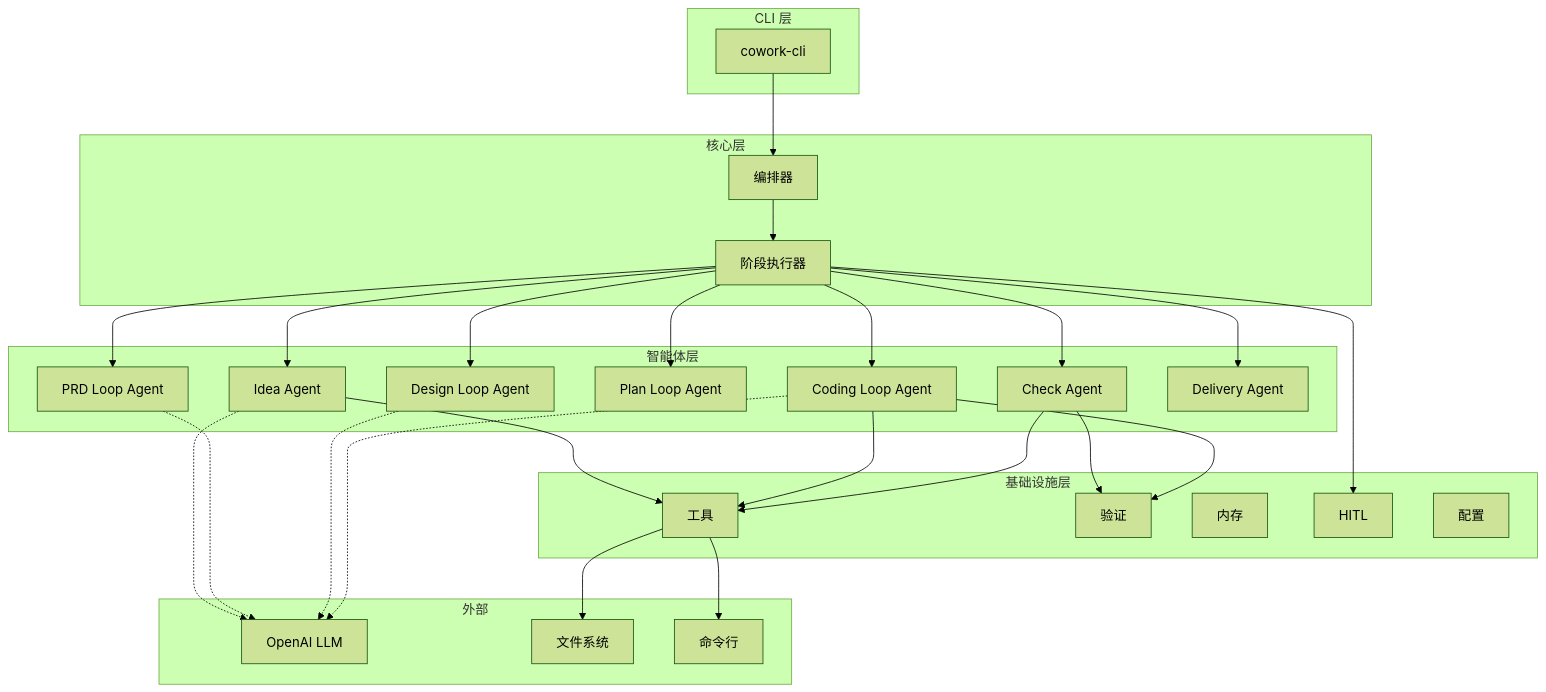
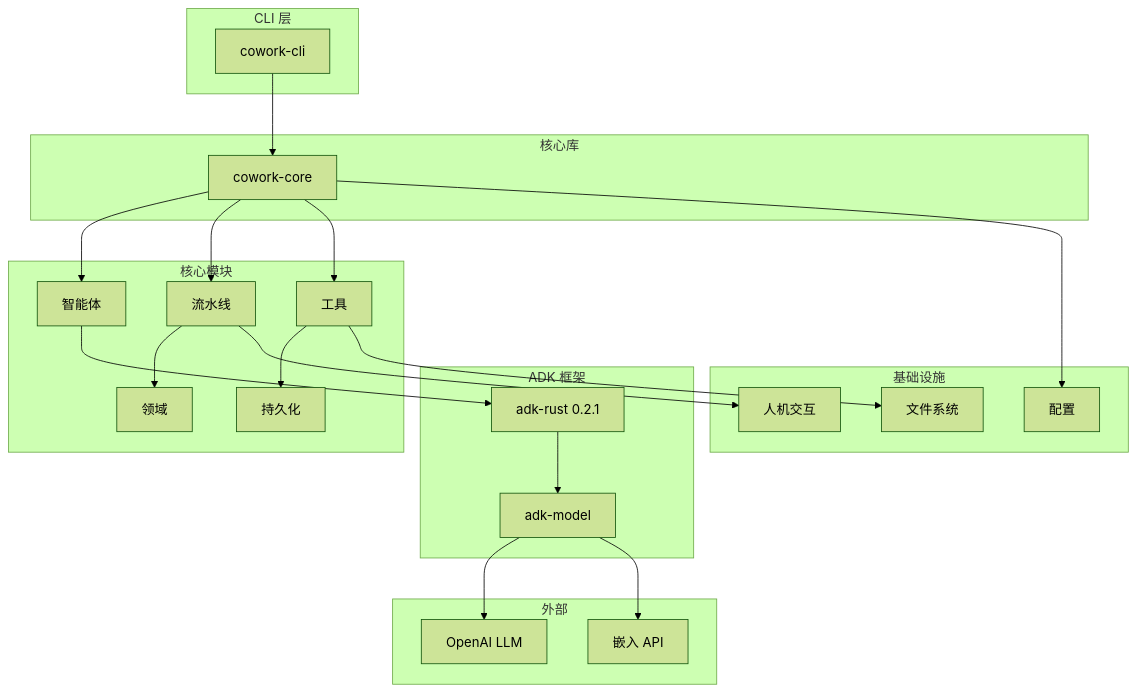
The first of 3 diagrams in README_zh.md (sopaco/cowork-forge), drawn with Mermaid (forest theme) before and after one commit. The commit also changed other lines of this file and 1 other file, not shown here.

````diff
--- a/README_zh.md
+++ b/README_zh.md
@@ -171,62 +171,51 @@
 ```mermaid
 graph TB
     subgraph "CLI 层"
         CLI[cowork-cli]
     end
     
-    subgraph "核心层"
-        Orch[编排器]
-        Exec[阶段执行器]
+    subgraph "核心库"
+        CORE[cowork-core]
     end
     
-    subgraph "智能体层"
-        IDEA[Idea Agent]
-        PRD[PRD Loop Agent]
-        DESIGN[Design Loop Agent]
-        PLAN[Plan Loop Agent]
-        CODING[Coding Loop Agent]
-        CHECK[Check Agent]
-        DELIVERY[Delivery Agent]
+    subgraph "核心模块"
+        AGENTS[智能体]
+        PIPELINE[流水线]
+        TOOLS[工具]
+        PERSISTENCE[持久化]
+        DOMAIN[领域]
     end
     
-    subgraph "基础设施层"
-        TOOLS[工具]
-        VERIFY[验证]
-        MEMORY[内存]
-        HITL[HITL]
+    subgraph "ADK 框架"
+        ADK[adk-rust 0.2.1]
+        LLM[adk-model]
+    end
+    
+    subgraph "基础设施"
+        FS[文件系统]
         CONFIG[配置]
+        HITL[人机交互]
     end
     
     subgraph "外部"
-        LLM[OpenAI LLM]
-        FS[文件系统]
-        CMD[命令行]
+        OPENAI[OpenAI LLM]
+        EMBEDDING[嵌入 API]
     end
     
-    CLI --> Orch
-    Orch --> Exec
-    Exec --> IDEA
-    Exec --> PRD
-    Exec --> DESIGN
-    Exec --> PLAN
-    Exec --> CODING
-    Exec --> CHECK
-    Exec --> DELIVERY
+    CLI --> CORE
+    CORE --> AGENTS
+    CORE --> PIPELINE
+    CORE --> TOOLS
     
-    IDEA --> TOOLS
-    CODING --> TOOLS
-    CHECK --> TOOLS
+    AGENTS --> ADK
+    PIPELINE --> DOMAIN
+    TOOLS --> PERSISTENCE
     
-    CHECK --> VERIFY
-    CODING --> VERIFY
+    ADK --> LLM
+    LLM --> OPENAI
+    LLM --> EMBEDDING
     
-    Exec --> HITL
-    
+    PIPELINE --> HITL
     TOOLS --> FS
-    TOOLS --> CMD
-    
-    IDEA -.-> LLM
-    PRD -.-> LLM
-    DESIGN -.-> LLM
-    CODING -.-> LLM
+    CORE --> CONFIG
 ```
````
